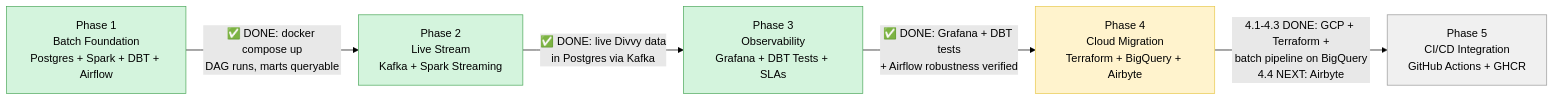
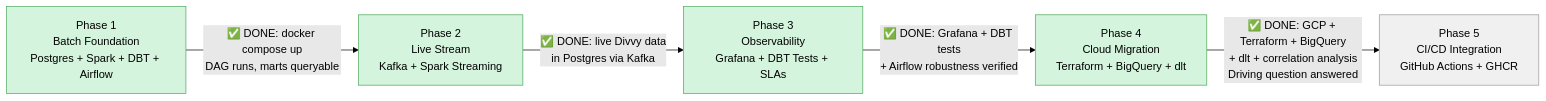
Before and after one commit to SagarMarthandan/chicago-data-pipeline: the third of 3 diagrams in README.md, drawn with Mermaid (forest theme). The commit also changed other lines of this file and 24 other files, not shown here.

Commit message:
v26  Phase 4.4: Divvy trip history ingestion + correlation analysis

````diff
--- a/README.md
+++ b/README.md
@@ -118,19 +120,19 @@
 ```mermaid
 graph LR
     P1["Phase 1<br/>Batch Foundation<br/>Postgres + Spark + DBT + Airflow"]
     P2["Phase 2<br/>Live Stream<br/>Kafka + Spark Streaming"]
     P3["Phase 3<br/>Observability<br/>Grafana + DBT Tests + SLAs"]
-    P4["Phase 4<br/>Cloud Migration<br/>Terraform + BigQuery + Airbyte"]
+    P4["Phase 4<br/>Cloud Migration<br/>Terraform + BigQuery + dlt"]
     P5["Phase 5<br/>CI/CD Integration<br/>GitHub Actions + GHCR"]
 
     P1 -->|"✅ DONE: docker compose up<br/>DAG runs, marts queryable"| P2
     P2 -->|"✅ DONE: live Divvy data<br/>in Postgres via Kafka"| P3
     P3 -->|"✅ DONE: Grafana + DBT tests<br/>+ Airflow robustness verified"| P4
-    P4 -->|"4.1-4.3 DONE: GCP + Terraform +<br/>batch pipeline on BigQuery<br/>4.4 NEXT: Airbyte"| P5
+    P4 -->|"✅ DONE: GCP + Terraform + BigQuery<br/>+ dlt + correlation analysis<br/>Driving question answered"| P5
 
     style P1 fill:#d4f4dd,stroke:#4ca85a
     style P2 fill:#d4f4dd,stroke:#4ca85a
     style P3 fill:#d4f4dd,stroke:#4ca85a
-    style P4 fill:#fff3cd,stroke:#e8c84c
+    style P4 fill:#d4f4dd,stroke:#4ca85a
     style P5 fill:#f0f0f0,stroke:#999
 ```
````
